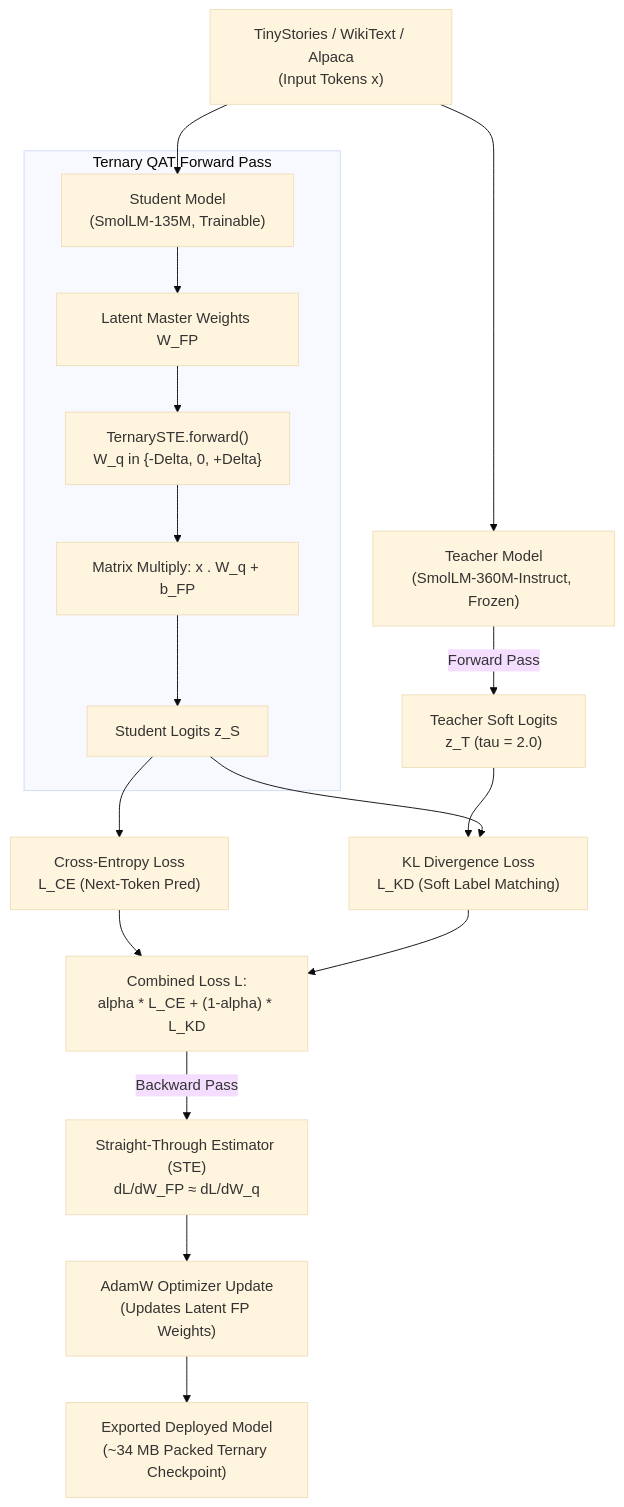
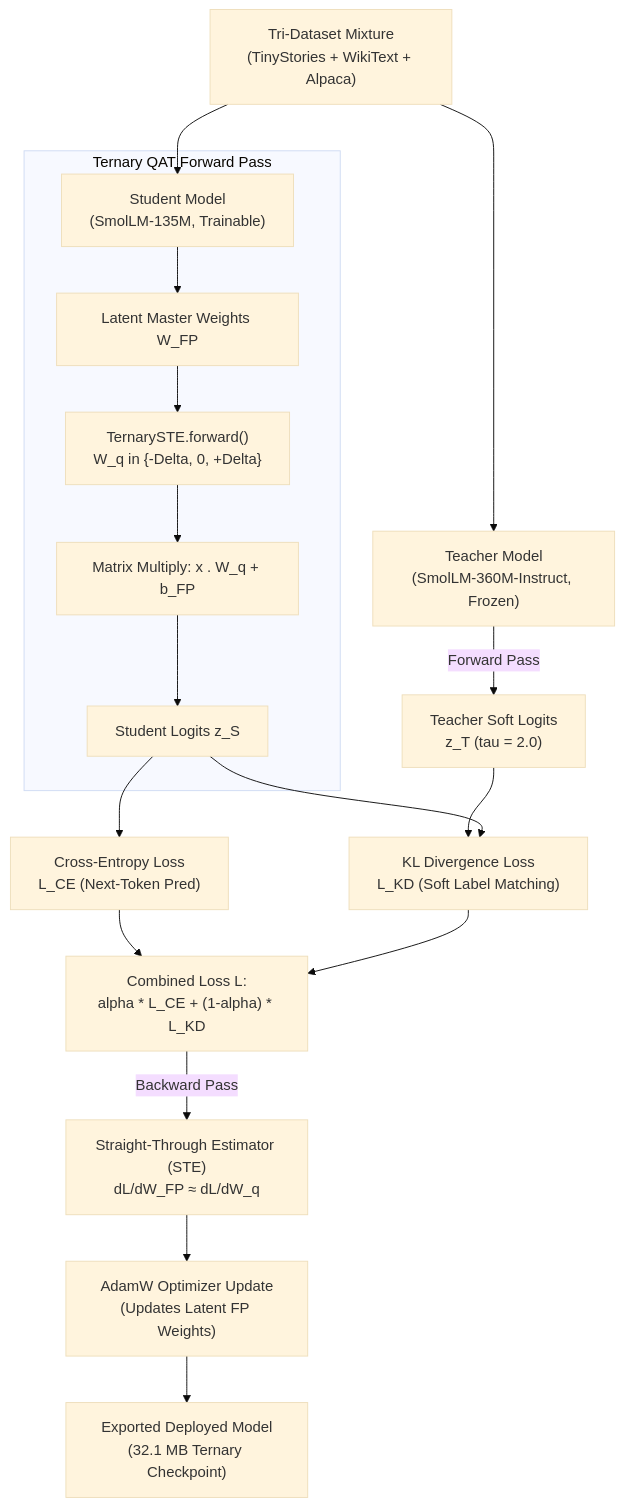
The first of 3 diagrams in README.md (Mayank-Rana1/llm_quantization), drawn with Mermaid (base theme) before and after one commit. The commit also changed other lines of this file and 1 other file, not shown here.

````diff
--- a/README.md
+++ b/README.md
@@ -23,23 +31,23 @@
 ```mermaid
 flowchart TD
-    A["TinyStories / WikiText / Alpaca\n(Input Tokens x)"] --> B["Teacher Model\n(SmolLM-360M-Instruct, Frozen)"]
+    A["Tri-Dataset Mixture\n(TinyStories + WikiText + Alpaca)"] --> B["Teacher Model\n(SmolLM-360M-Instruct, Frozen)"]
     A --> C["Student Model\n(SmolLM-135M, Trainable)"]
-    
+
     B -->|Forward Pass| D["Teacher Soft Logits\nz_T (tau = 2.0)"]
-    
+
     subgraph Student_QAT ["Ternary QAT Forward Pass"]
         C --> E["Latent Master Weights W_FP"]
         E --> F["TernarySTE.forward()\nW_q in {-Delta, 0, +Delta}"]
         F --> G["Matrix Multiply: x . W_q + b_FP"]
         G --> H["Student Logits z_S"]
     end
-    
+
     H --> I["Cross-Entropy Loss\nL_CE (Next-Token Pred)"]
     D & H --> J["KL Divergence Loss\nL_KD (Soft Label Matching)"]
-    
+
     I & J --> K["Combined Loss L:\nalpha * L_CE + (1-alpha) * L_KD"]
-    
+
     K -->|Backward Pass| L["Straight-Through Estimator (STE)\ndL/dW_FP ≈ dL/dW_q"]
     L --> M["AdamW Optimizer Update\n(Updates Latent FP Weights)"]
-    M --> N["Exported Deployed Model\n(~34 MB Packed Ternary Checkpoint)"]
+    M --> N["Exported Deployed Model\n(32.1 MB Ternary Checkpoint)"]
 ```
````
